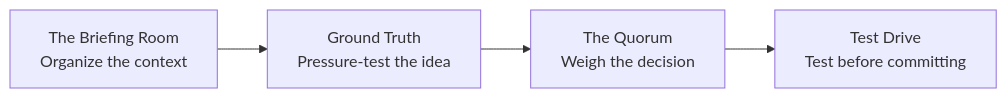
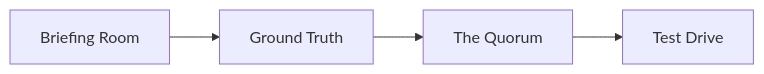
Before and after one commit to glichtenthal/glichtenthal: the diagram in README.md, drawn with Mermaid.

Commit message:
Simplify Judgment Collection diagram labels

````diff
--- a/README.md
+++ b/README.md
@@ -45,4 +45,4 @@
 ```mermaid
 flowchart LR
-  A["The Briefing Room<br/>Organize the context"] --> B["Ground Truth<br/>Pressure-test the idea"] --> C["The Quorum<br/>Weigh the decision"] --> D["Test Drive<br/>Test before committing"]
+  A["Briefing Room"] --> B["Ground Truth"] --> C["The Quorum"] --> D["Test Drive"]
 ```
````
